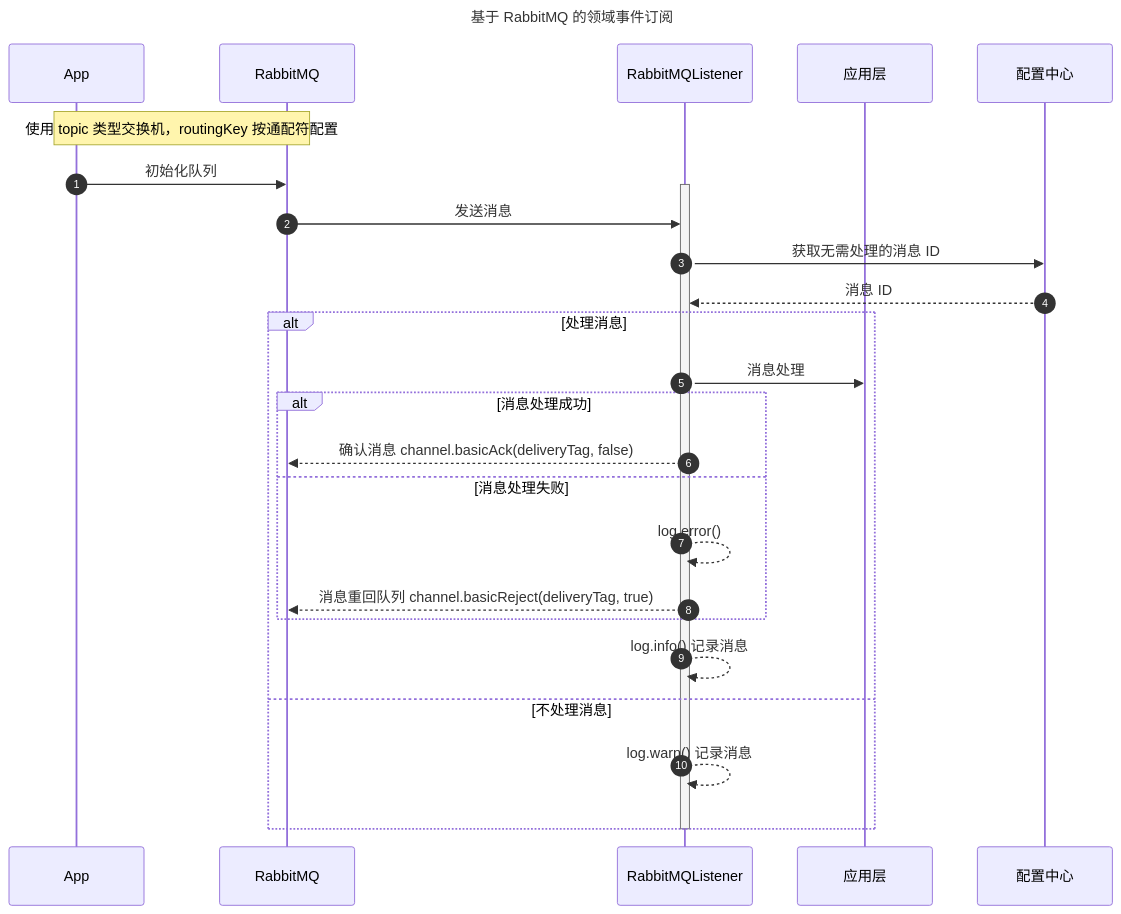
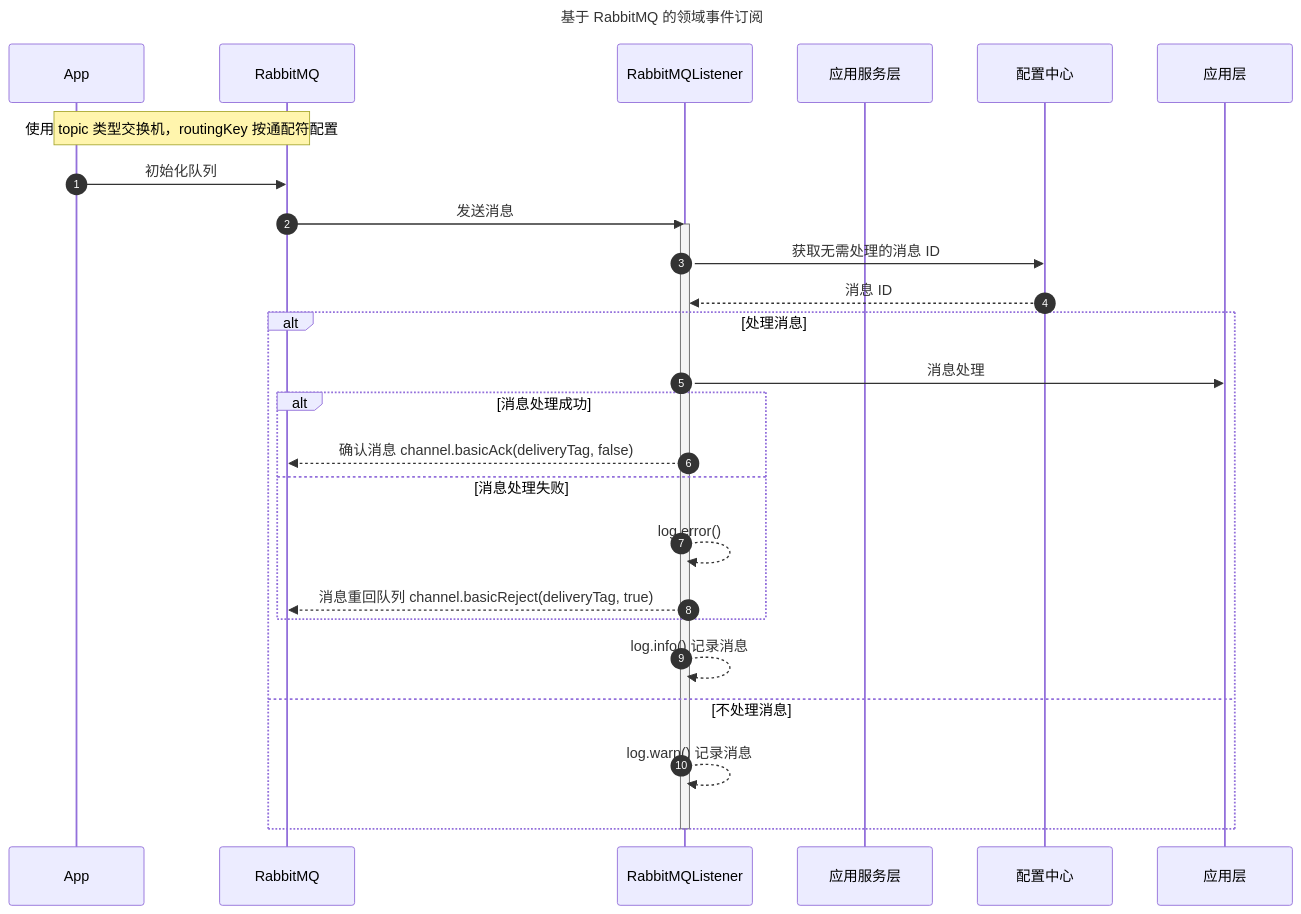
The diagram in iddd-springboot/iddd-springboot-dealer/src/main/resources/uml/领域事件订阅时序图.mermaid (lowkeyfish/IDDD), drawn with Mermaid before and after one commit. The commit also changed 29 other files, not shown here.

```diff
--- a/iddd-springboot/iddd-springboot-dealer/src/main/resources/uml/领域事件订阅时序图.mermaid
+++ b/iddd-springboot/iddd-springboot-dealer/src/main/resources/uml/领域事件订阅时序图.mermaid
@@ -1,41 +1,42 @@
 sequenceDiagram
     title 基于 RabbitMQ 的领域事件订阅
 
     autonumber
 
     participant App
     participant RabbitMQ
     participant RabbitMQListener
-    participant 应用层
+    participant 应用服务层
     participant 配置中心
 
 
 
 
     Note over App,RabbitMQ: 使用 topic 类型交换机，routingKey 按通配符配置
     App->>RabbitMQ: 初始化队列
 
+
+    RabbitMQ->>RabbitMQListener: 发送消息
     activate RabbitMQListener
-    RabbitMQ->>RabbitMQListener: 发送消息
 
     RabbitMQListener->>配置中心: 获取无需处理的消息 ID
 
     配置中心-->>RabbitMQListener: 消息 ID
 
     alt 处理消息
         RabbitMQListener->>应用层: 消息处理
 
         alt 消息处理成功
             RabbitMQListener-->>RabbitMQ: 确认消息 channel.basicAck(deliveryTag, false)
         else 消息处理失败
             RabbitMQListener-->>RabbitMQListener: log.error()
             RabbitMQListener-->>RabbitMQ: 消息重回队列 channel.basicReject(deliveryTag, true)
         end
 
         RabbitMQListener-->>RabbitMQListener: log.info() 记录消息
     else 不处理消息
         RabbitMQListener-->>RabbitMQListener: log.warn() 记录消息
     end
 
 
     deactivate RabbitMQListener
```
